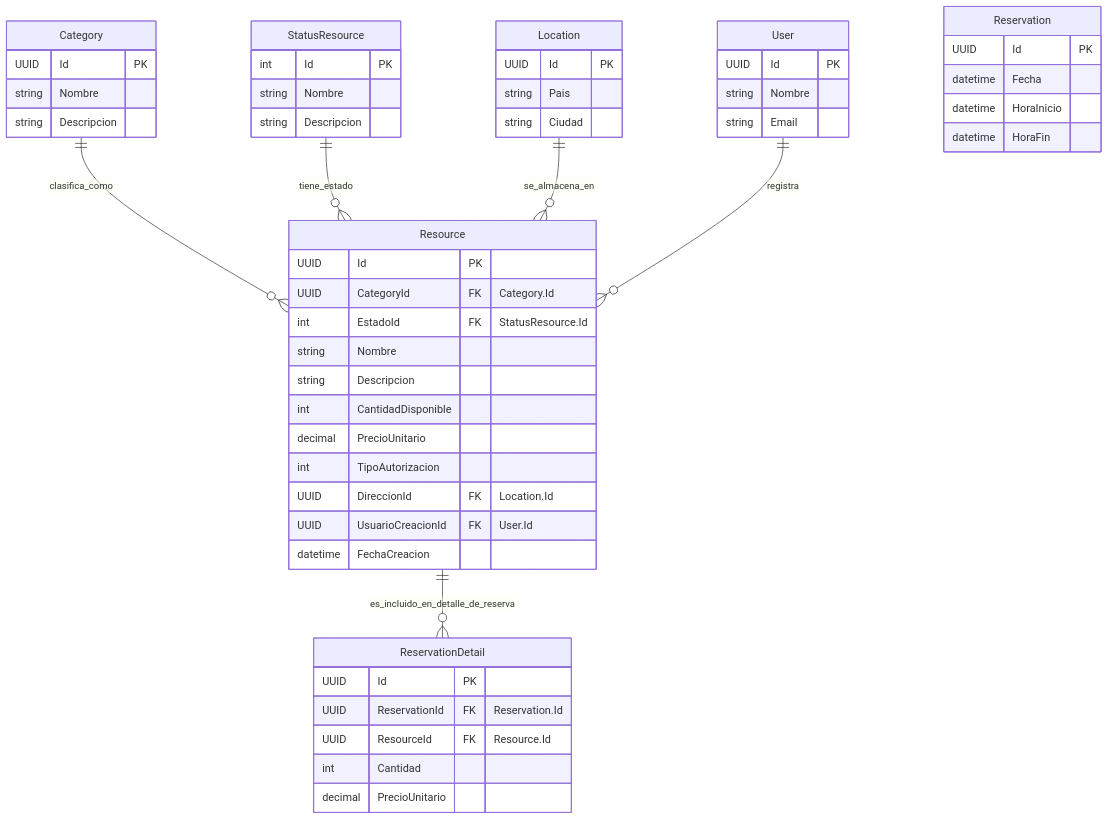
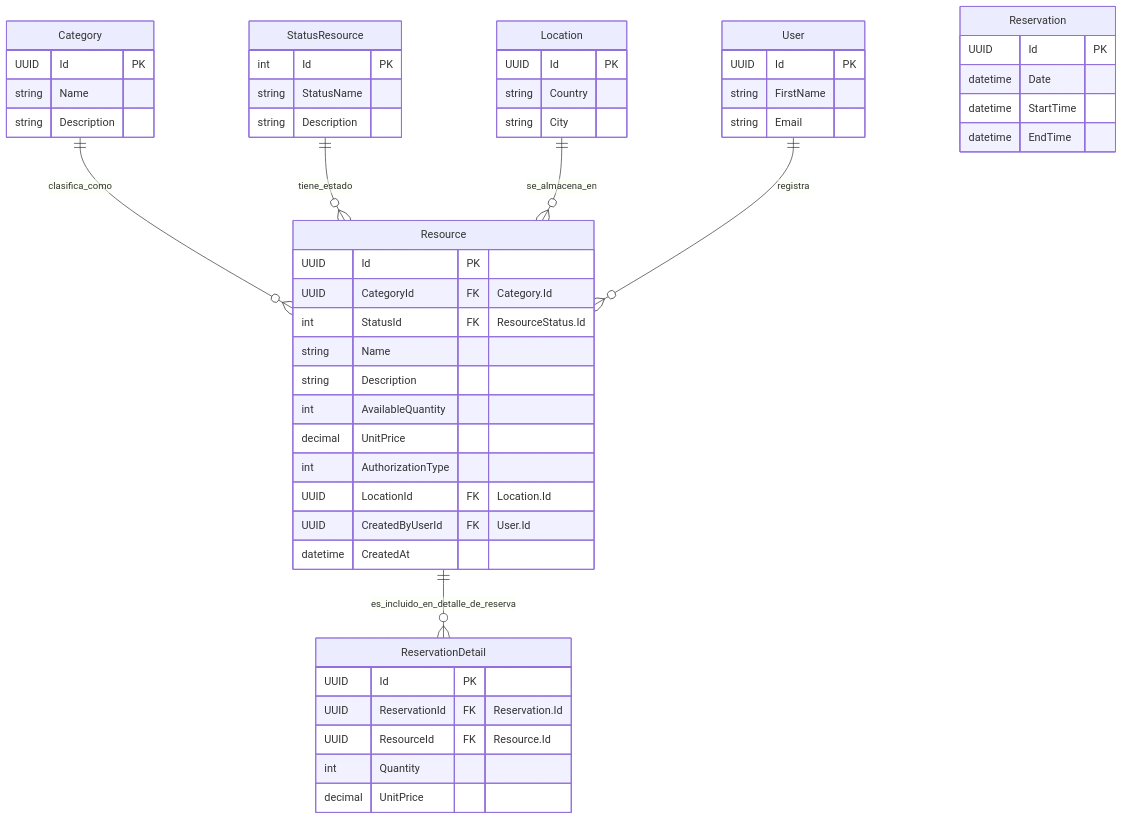
One commit to jose-angell/EventResourceReservationAppDocs changed the diagram in docs/backend/models-domain/resource.md. Above: the diagram before and after it, drawn with Mermaid. The commit also changed other lines of this file and 7 other files, not shown here.

````diff
--- a/docs/backend/models-domain/resource.md
+++ b/docs/backend/models-domain/resource.md
@@ -37,61 +37,61 @@
  ``` mermaid
 erDiagram
 Category {
         UUID Id PK
-        string Nombre
-        string Descripcion
+        string Name
+        string Description
     }
     
     StatusResource {
         int Id PK
-        string Nombre
-        string Descripcion
+        string StatusName
+        string Description
     }
     
     Location {
         UUID Id PK
-        string Pais
-        string Ciudad
+        string Country
+        string City
     }
     
     User {
         UUID Id PK
-        string Nombre
+        string FirstName
         string Email
     }
 
     Resource {
         UUID Id PK
         UUID CategoryId FK "Category.Id"
-        int EstadoId FK "StatusResource.Id"
-        string Nombre
-        string Descripcion
-        int CantidadDisponible
-        decimal PrecioUnitario
-        int TipoAutorizacion
-        UUID DireccionId FK "Location.Id"
-        UUID UsuarioCreacionId FK "User.Id"
-        datetime FechaCreacion
+        int StatusId FK "ResourceStatus.Id"
+        string Name
+        string Description
+        int AvailableQuantity
+        decimal UnitPrice
+        int AuthorizationType
+        UUID LocationId FK "Location.Id"
+        UUID CreatedByUserId FK "User.Id"
+        datetime CreatedAt
     }
 
     ReservationDetail {
         UUID Id PK
         UUID ReservationId FK "Reservation.Id"
         UUID ResourceId FK "Resource.Id"
-        int Cantidad
-        decimal PrecioUnitario
+        int Quantity
+        decimal UnitPrice
     }
     
     Reservation {
         UUID Id PK
-        datetime Fecha
-        datetime HoraInicio
-        datetime HoraFin
+        datetime Date
+        datetime StartTime
+        datetime EndTime
     }
 
     Category ||--o{ Resource : "clasifica_como"
     StatusResource ||--o{ Resource : "tiene_estado"
     Location ||--o{ Resource : "se_almacena_en"
     User ||--o{ Resource : "registra"
     Resource ||--o{ ReservationDetail : "es_incluido_en_detalle_de_reserva"
 ```
````
